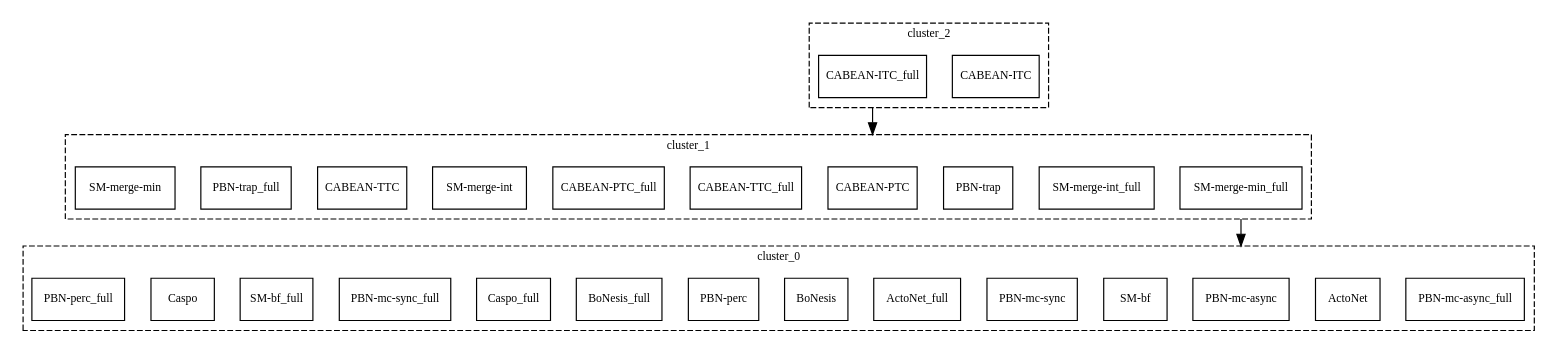
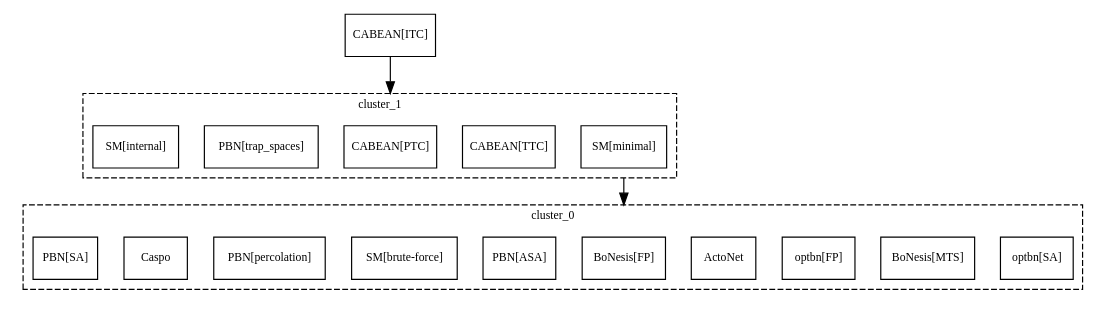
The diagram in experiments/results/counterexamples/ce_yes_OI_no_OT/_graph_tred.dot (kalebmoon07/BN-control-taxonomy), drawn with Graphviz before and after one commit. The commit also changed 195 other files, not shown here.

```diff
--- a/experiments/results/counterexamples/ce_yes_OI_no_OT/_graph_tred.dot
+++ b/experiments/results/counterexamples/ce_yes_OI_no_OT/_graph_tred.dot
@@ -1,48 +1,33 @@
 strict digraph G {
 graph [fontsize=10, fontname=Verdana, compound=true];
 node [shape=record, fontsize=10, fontname=Verdana];
 graph [nodesep=0.3, ranksep=0.8];
 subgraph cluster_0 {
 label="cluster_0";
 graph [style=dashed, color=black];
-"PBN-mc-async_full";
+"optbn[SA]";
+"BoNesis[MTS]";
+"optbn[FP]";
 ActoNet;
-"PBN-mc-async";
-"SM-bf";
-"PBN-mc-sync";
-ActoNet_full;
-BoNesis;
-"PBN-perc";
-BoNesis_full;
-Caspo_full;
-"PBN-mc-sync_full";
-"SM-bf_full";
+"BoNesis[FP]";
+"PBN[ASA]";
+"SM[brute-force]";
+"PBN[percolation]";
 Caspo;
-"PBN-perc_full";
+"PBN[SA]";
 }
 
 subgraph cluster_1 {
 label="cluster_1";
 graph [style=dashed, color=black];
-"SM-merge-min_full";
-"SM-merge-int_full";
-"PBN-trap";
-"CABEAN-PTC";
-"CABEAN-TTC_full";
-"CABEAN-PTC_full";
-"SM-merge-int";
-"CABEAN-TTC";
-"PBN-trap_full";
-"SM-merge-min";
+"SM[minimal]";
+"CABEAN[TTC]";
+"CABEAN[PTC]";
+"PBN[trap_spaces]";
+"SM[internal]";
 }
 
-subgraph cluster_2 {
-label="cluster_2";
-graph [style=dashed, color=black];
-"CABEAN-ITC";
-"CABEAN-ITC_full";
+"CABEAN[ITC]";
+"CABEAN[ITC]" -> "CABEAN[PTC]" [lhead="cluster_1"];
+"SM[minimal]" -> "BoNesis[FP]" [ltail="cluster_1", lhead="cluster_0"];
 }
-
-"CABEAN-ITC_full" -> "CABEAN-PTC" [ltail="cluster_2", lhead="cluster_1"];
-"SM-merge-min_full" -> "PBN-mc-async" [ltail="cluster_1", lhead="cluster_0"];
-}
```
